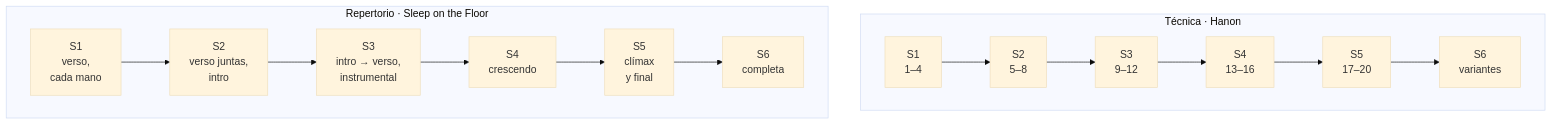
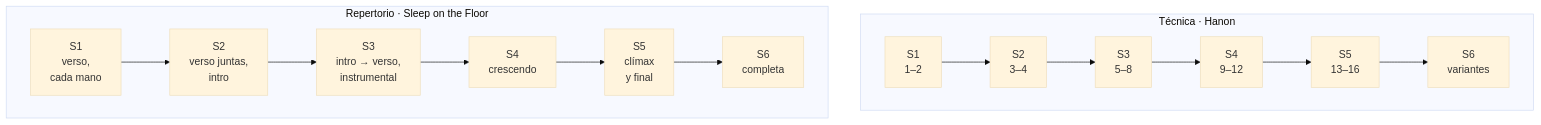
One commit to IrfDev/notes_musica changed the second of 2 diagrams in 4. Instrumento/1. Piano/1. Programa de 30 sesiones/00. Plan y progreso.md. Above: the diagram before and after it, drawn with Mermaid (base theme). The commit also changed other lines of this file and 30 other files, not shown here.

````diff
--- a/4. Instrumento/1. Piano/1. Programa de 30 sesiones/00. Plan y progreso.md
+++ b/4. Instrumento/1. Piano/1. Programa de 30 sesiones/00. Plan y progreso.md
@@ -42,11 +42,11 @@
 ```mermaid
 flowchart TB
     subgraph TEC["Técnica · Hanon"]
         direction LR
-        H1["S1<br/>1–4"] --> H2["S2<br/>5–8"] --> H3["S3<br/>9–12"] --> H4["S4<br/>13–16"] --> H5["S5<br/>17–20"] --> H6["S6<br/>variantes"]
+        H1["S1<br/>1–2"] --> H2["S2<br/>3–4"] --> H3["S3<br/>5–8"] --> H4["S4<br/>9–12"] --> H5["S5<br/>13–16"] --> H6["S6<br/>variantes"]
     end
     subgraph REP["Repertorio · Sleep on the Floor"]
         direction LR
         R1["S1<br/>verso,<br/>cada mano"] --> R2["S2<br/>verso juntas,<br/>intro"] --> R3["S3<br/>intro → verso,<br/>instrumental"] --> R4["S4<br/>crescendo"] --> R5["S5<br/>clímax<br/>y final"] --> R6["S6<br/>completa"]
     end
 ```
````
